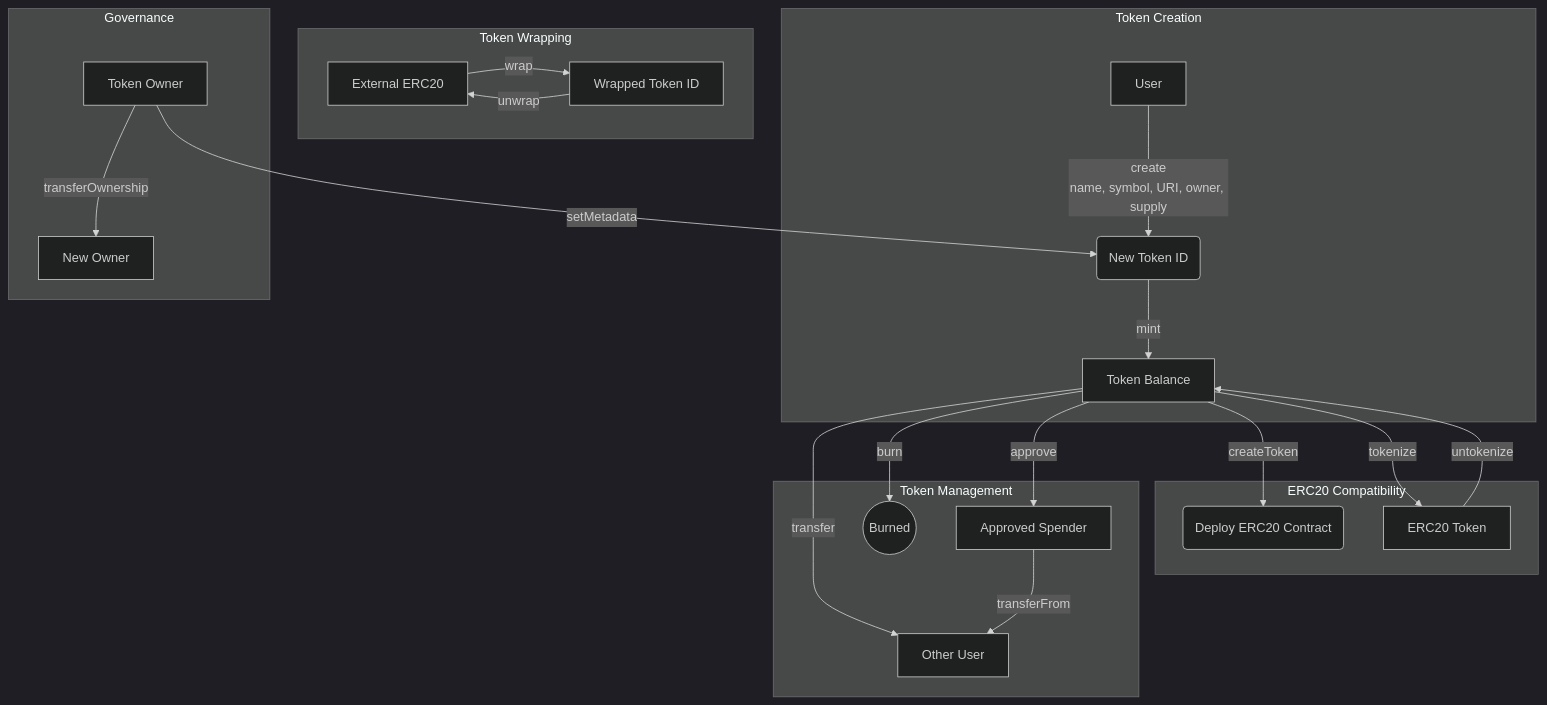
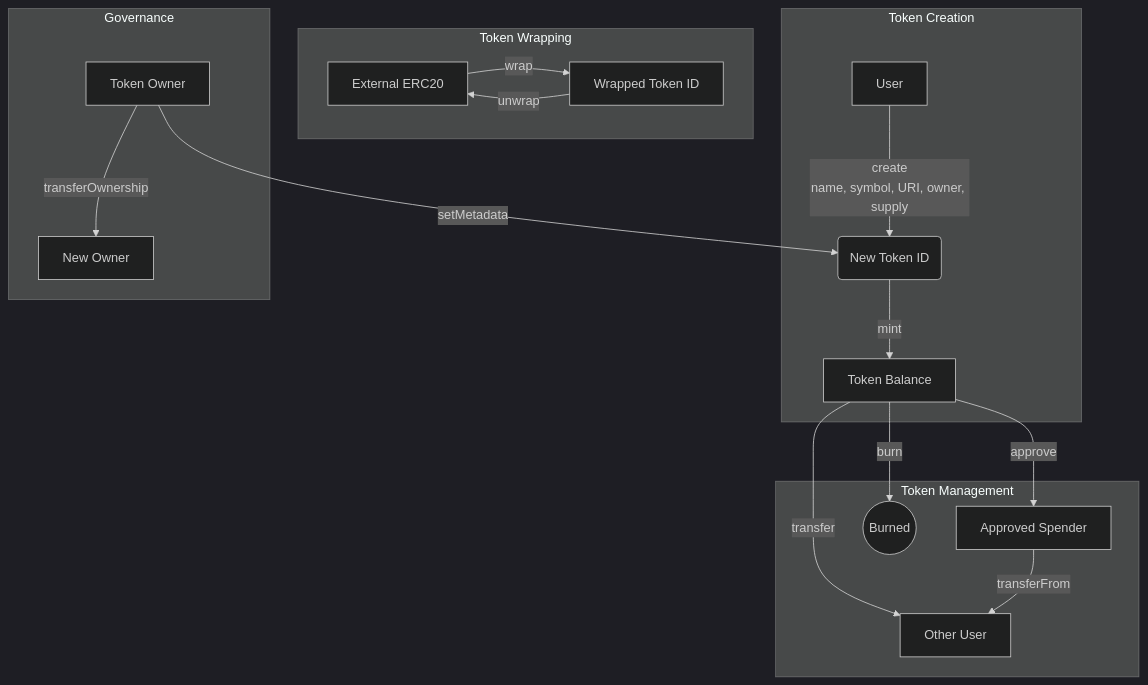
One commit to 0xc0de4c0ffee/coins changed the diagram in README.md. Above: the diagram before and after it, drawn with Mermaid (dark theme). The commit also changed other lines of this file and 1 other file, not shown here.

````diff
--- a/README.md
+++ b/README.md
@@ -28,30 +32,24 @@
 ```mermaid
 flowchart TB
     subgraph "Token Creation"
         A[User] -->|create\nname, symbol, URI, owner, supply| B(New Token ID)
         B -->|mint| C[Token Balance]
-    end
-    
-    subgraph "ERC20 Compatibility"
-        C -->|createToken| D(Deploy ERC20 Contract)
-        C -->|tokenize| E[ERC20 Token]
-        E -->|untokenize| C
     end
     
     subgraph "Token Wrapping"
         F[External ERC20] -->|wrap| G[Wrapped Token ID]
         G -->|unwrap| F
     end
     
     subgraph "Token Management"
         C -->|transfer| H[Other User]
         C -->|approve| I[Approved Spender]
         I -->|transferFrom| H
         C -->|burn| J((Burned))
     end
     
     subgraph "Governance"
         K[Token Owner] -->|setMetadata| B
         K -->|transferOwnership| L[New Owner]
     end
 ```
````
